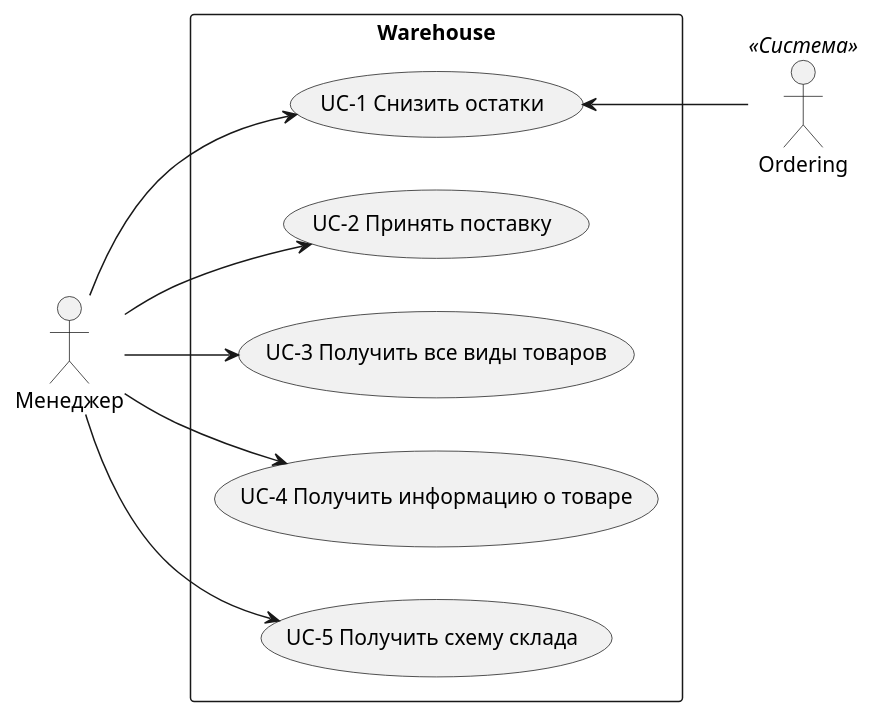
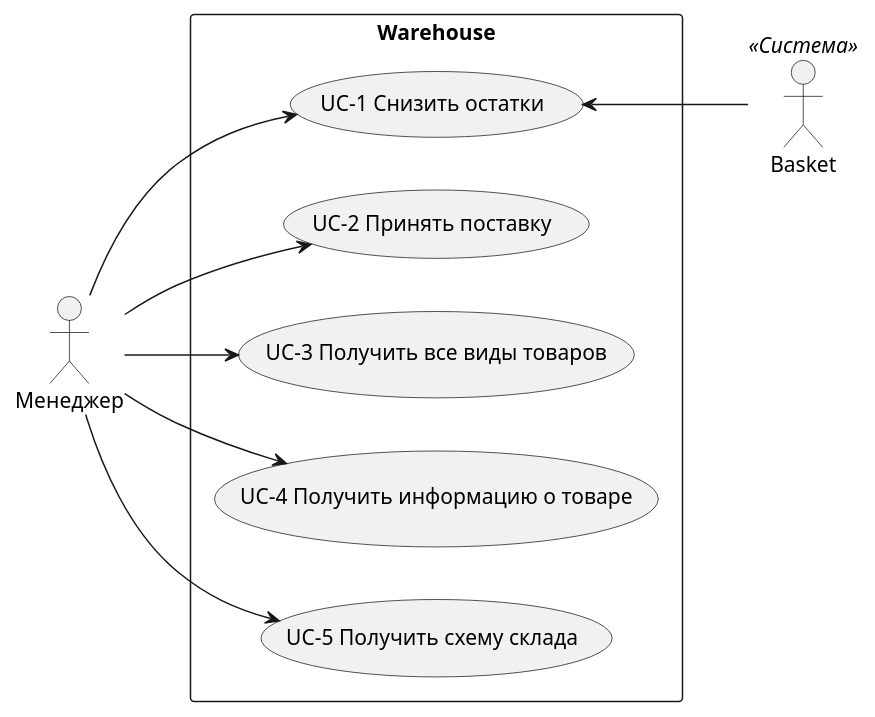
Before and after one commit to gerzhan/knigaexpert-system-design: the fifth of 5 diagrams in services/warehouse/README.md, drawn with PlantUML. The commit also changed other lines of this file and 18 other files, not shown here.

````diff
--- a/services/warehouse/README.md
+++ b/services/warehouse/README.md
@@ -180,29 +180,29 @@
 ```plantuml
 left to right direction
 skinparam packageStyle rectangle
 
 actor Менеджер as manager
-actor Ordering as ordering << Система >>
+actor Basket as basket << Система >>
 
 rectangle Warehouse {
   usecase (UC-1 Снизить остатки) as UC1
   usecase (UC-2 Принять поставку) as UC2
   usecase (UC-3 Получить все виды товаров) as UC3
   usecase (UC-4 Получить информацию о товаре) as UC4
   usecase (UC-5 Получить схему склада) as UC5
   
   url of UC1 is [[use-cases/uc-1.md]]
   url of UC2 is [[use-cases/uc-2.md]]
   url of UC3 is [[use-cases/uc-3.md]]
   url of UC4 is [[use-cases/uc-4.md]]
   url of UC5 is [[use-cases/uc-5.md]]
 }
 
-UC1<-- ordering
+UC1<-- basket
 
 manager --> UC1
 manager --> UC2
 manager --> UC3
 manager --> UC4
 manager --> UC5
 ```
````
